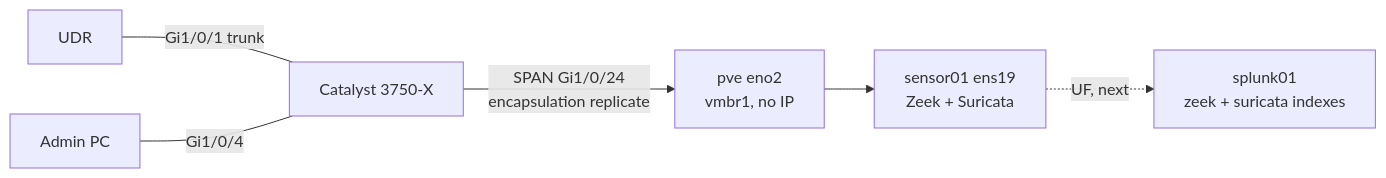
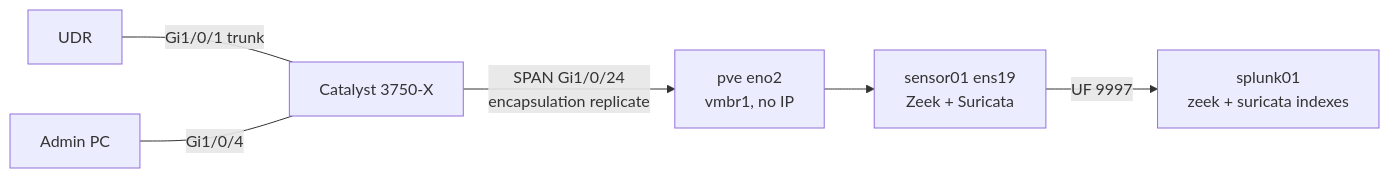
Before and after one commit to caleb57912/SOC-Homelab: the diagram in build-log/14-zeek-suricata.md, drawn with Mermaid. The commit also changed other lines of this file and 10 other files, not shown here.

Commit message:
2.7 Zeek + Suricata: forwarder on sensor01, alerts-only filter, CDP confirmed; Phase 2 complete

````diff
--- a/build-log/14-zeek-suricata.md
+++ b/build-log/14-zeek-suricata.md
@@ -5,8 +5,8 @@
 ```mermaid
 flowchart LR
     UDR[UDR] ---|Gi1/0/1 trunk| SW[Catalyst 3750-X]
     PC[Admin PC] ---|Gi1/0/4| SW
     SW -->|SPAN Gi1/0/24<br/>encapsulation replicate| E2[pve eno2<br/>vmbr1, no IP]
     E2 --> S[sensor01 ens19<br/>Zeek + Suricata]
-    S -.->|UF, next| SP[splunk01<br/>zeek + suricata indexes]
+    S -->|UF 9997| SP[splunk01<br/>zeek + suricata indexes]
 ```
````
